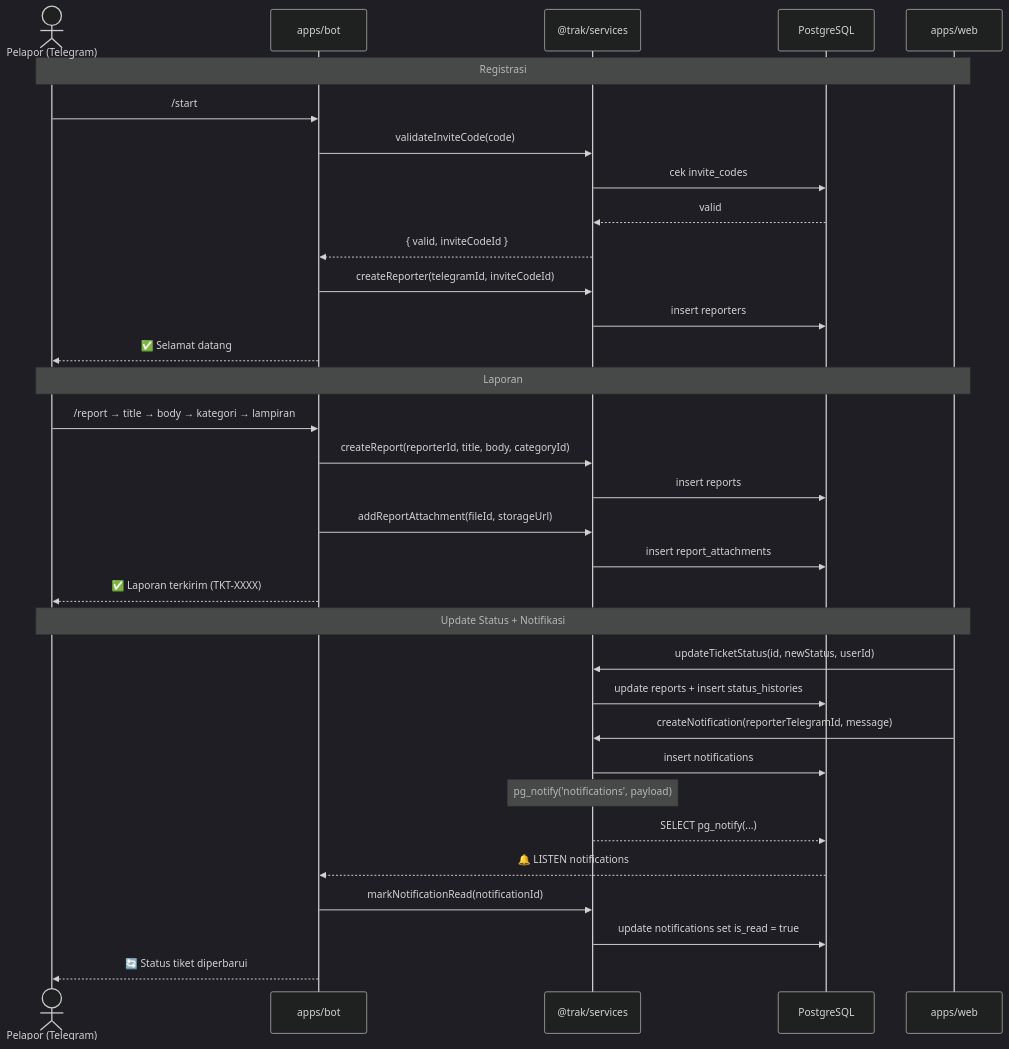
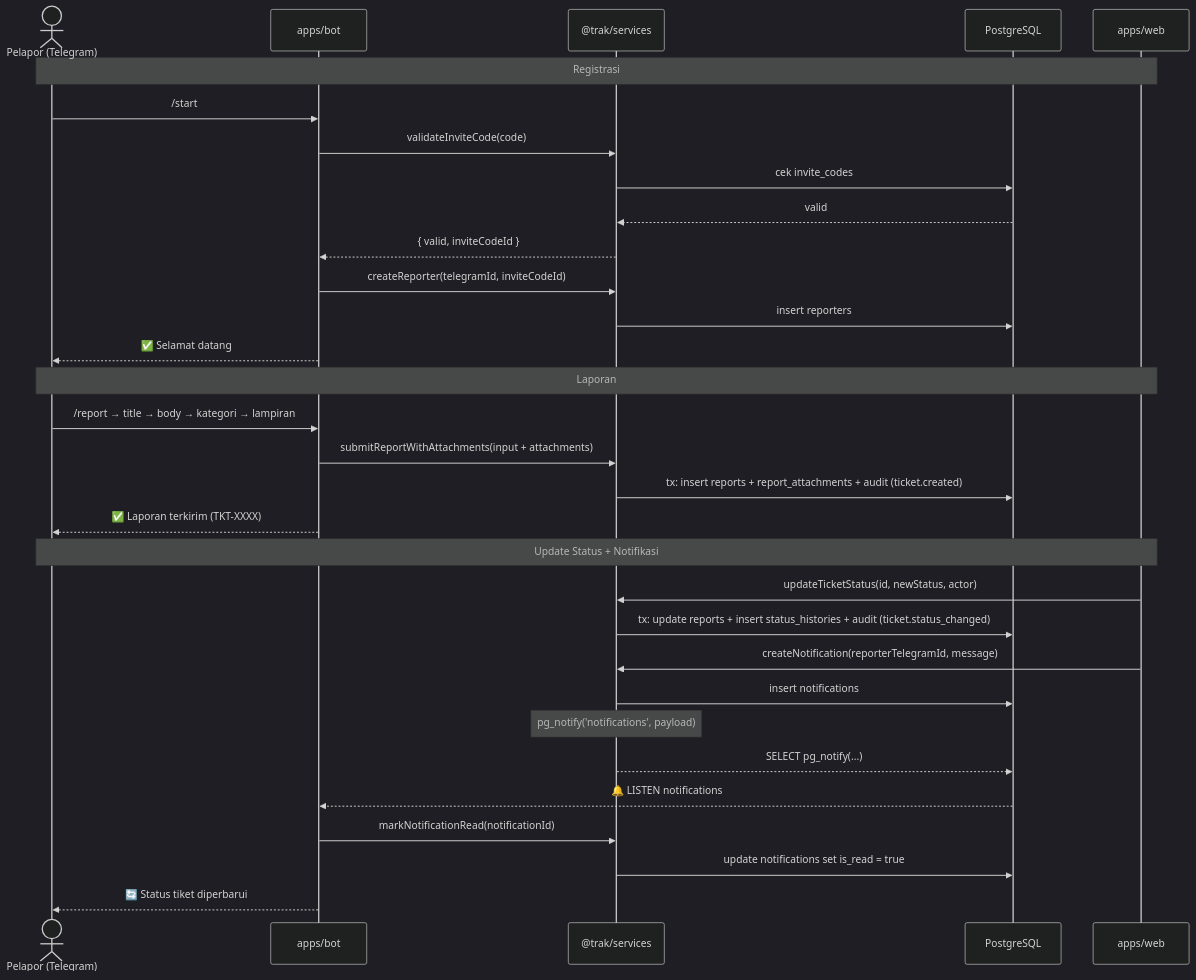
The second of 2 diagrams in README.md (masmuss/trak), drawn with Mermaid (dark theme) before and after one commit. The commit also changed other lines of this file, not shown here.

Commit message:
docs(readme): update architecture, setup, and testing documentation

````diff
--- a/README.md
+++ b/README.md
@@ -58,38 +64,36 @@
 ```mermaid
 sequenceDiagram
     actor P as Pelapor (Telegram)
     participant B as apps/bot
     participant S as @trak/services
     participant D as PostgreSQL
     participant W as apps/web
 
     Note over P,W: Registrasi
     P->>B: /start
     B->>S: validateInviteCode(code)
     S->>D: cek invite_codes
     D-->>S: valid
     S-->>B: { valid, inviteCodeId }
     B->>S: createReporter(telegramId, inviteCodeId)
     S->>D: insert reporters
     B-->>P: ✅ Selamat datang
 
     Note over P,W: Laporan
     P->>B: /report → title → body → kategori → lampiran
-    B->>S: createReport(reporterId, title, body, categoryId)
-    S->>D: insert reports
-    B->>S: addReportAttachment(fileId, storageUrl)
-    S->>D: insert report_attachments
+    B->>S: submitReportWithAttachments(input + attachments)
+    S->>D: tx: insert reports + report_attachments + audit (ticket.created)
     B-->>P: ✅ Laporan terkirim (TKT-XXXX)
 
     Note over P,W: Update Status + Notifikasi
-    W->>S: updateTicketStatus(id, newStatus, userId)
-    S->>D: update reports + insert status_histories
+    W->>S: updateTicketStatus(id, newStatus, actor)
+    S->>D: tx: update reports + insert status_histories + audit (ticket.status_changed)
     W->>S: createNotification(reporterTelegramId, message)
     S->>D: insert notifications
     Note over S: pg_notify('notifications', payload)
     S-->>D: SELECT pg_notify(...)
     D-->>B: 🔔 LISTEN notifications
     B->>S: markNotificationRead(notificationId)
     S->>D: update notifications set is_read = true
     B-->>P: 🔄 Status tiket diperbarui
 ```
````
